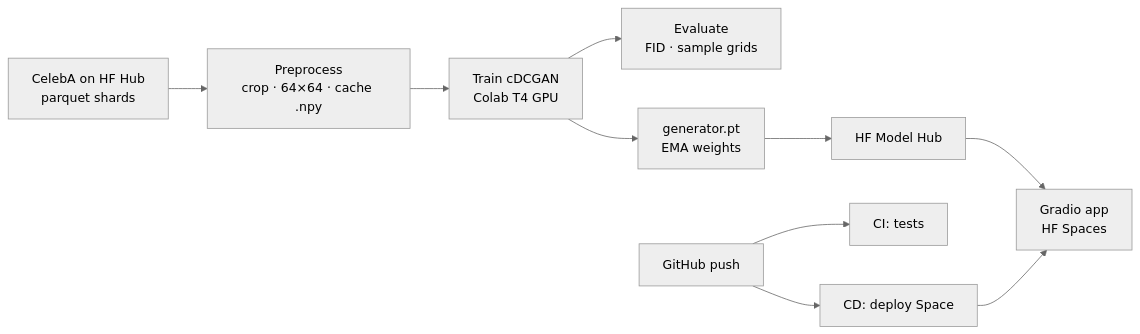
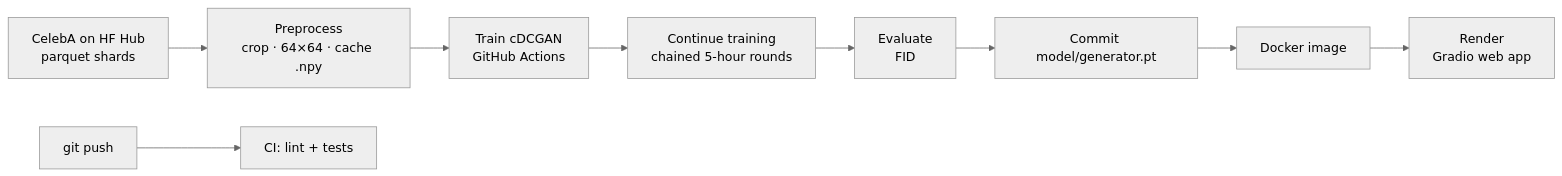
The first of 2 diagrams in README.md (NAMAN-VERMA-02/faceforge-gan), drawn with Mermaid (neutral theme) before and after one commit. The commit also changed other lines of this file and 4 other files, not shown here.

````diff
--- a/README.md
+++ b/README.md
@@ -22,12 +46,11 @@
 ```mermaid
 flowchart LR
     A[CelebA on HF Hub<br/>parquet shards] --> B[Preprocess<br/>crop · 64×64 · cache .npy]
-    B --> C[Train cDCGAN<br/>Colab T4 GPU]
-    C --> D[Evaluate<br/>FID · sample grids]
-    C --> E[generator.pt<br/>EMA weights]
-    E --> F[HF Model Hub]
-    F --> G[Gradio app<br/>HF Spaces]
-    H[GitHub push] --> I[CI: tests]
-    H --> J[CD: deploy Space]
-    J --> G
+    B --> C[Train cDCGAN<br/>GitHub Actions]
+    C --> D[Continue training<br/>chained 5-hour rounds]
+    D --> E[Evaluate<br/>FID]
+    E --> F[Commit model/generator.pt]
+    F --> G[Docker image]
+    G --> H[Render<br/>Gradio web app]
+    I[git push] --> J[CI: lint + tests]
 ```
````
